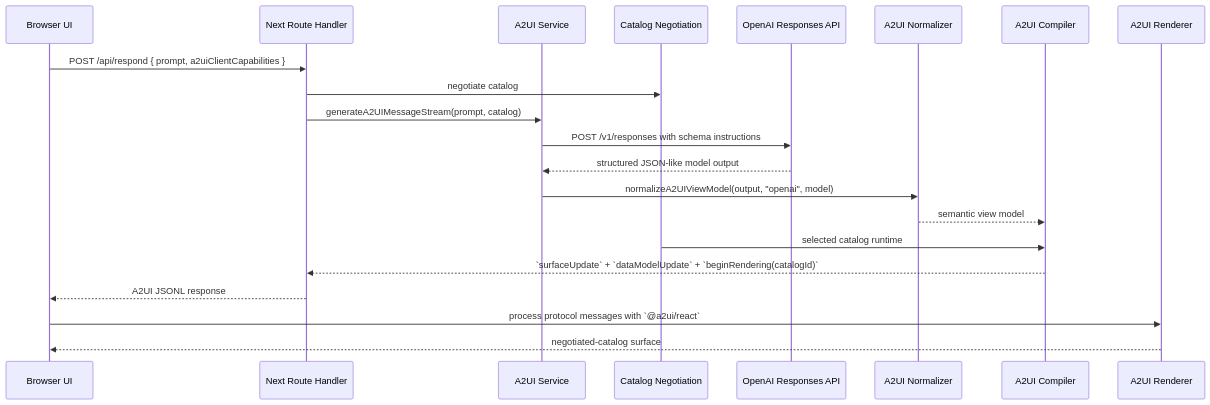
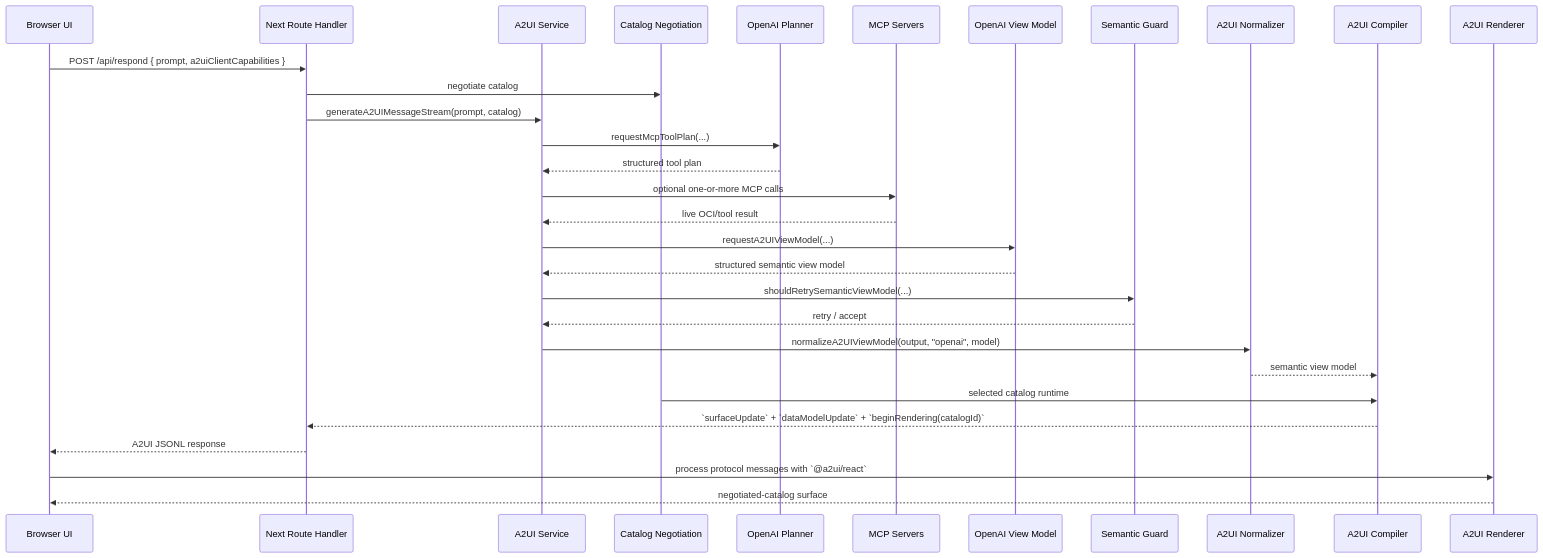
One commit to gebhardtr/mcp-examples changed the second of 2 diagrams in a2ui/README.md. Above: the diagram before and after it, drawn with Mermaid. The commit also changed other lines of this file and 30 other files, not shown here.

Commit message:
restructure poc architecture and align implementation with A2UI design

````diff
--- a/a2ui/README.md
+++ b/a2ui/README.md
@@ -96,24 +112,33 @@
 ```mermaid
 sequenceDiagram
     participant Browser as Browser UI
     participant Route as Next Route Handler
     participant Service as A2UI Service
     participant Catalogs as Catalog Negotiation
-    participant API as OpenAI Responses API
+    participant Planner as OpenAI Planner
+    participant MCP as MCP Servers
+    participant API as OpenAI View Model
+    participant Guard as Semantic Guard
     participant Normalize as A2UI Normalizer
     participant Compile as A2UI Compiler
     participant Render as A2UI Renderer
 
     Browser->>Route: POST /api/respond { prompt, a2uiClientCapabilities }
     Route->>Catalogs: negotiate catalog
     Route->>Service: generateA2UIMessageStream(prompt, catalog)
-    Service->>API: POST /v1/responses with schema instructions
-    API-->>Service: structured JSON-like model output
+    Service->>Planner: requestMcpToolPlan(...)
+    Planner-->>Service: structured tool plan
+    Service->>MCP: optional one-or-more MCP calls
+    MCP-->>Service: live OCI/tool result
+    Service->>API: requestA2UIViewModel(...)
+    API-->>Service: structured semantic view model
+    Service->>Guard: shouldRetrySemanticViewModel(...)
+    Guard-->>Service: retry / accept
     Service->>Normalize: normalizeA2UIViewModel(output, "openai", model)
     Normalize-->>Compile: semantic view model
     Catalogs->>Compile: selected catalog runtime
     Compile-->>Route: `surfaceUpdate` + `dataModelUpdate` + `beginRendering(catalogId)`
     Route-->>Browser: A2UI JSONL response
     Browser->>Render: process protocol messages with `@a2ui/react`
     Render-->>Browser: negotiated-catalog surface
 ```
````
